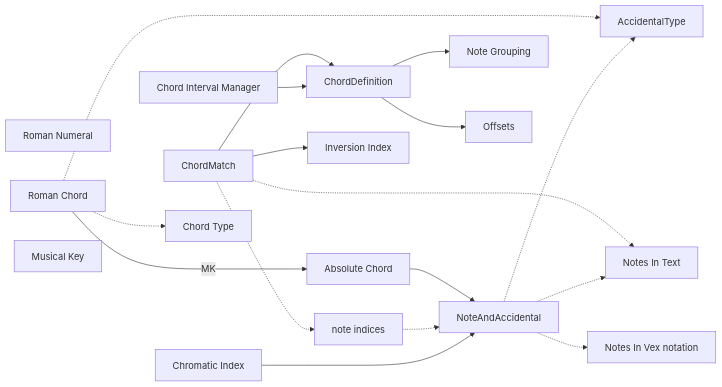
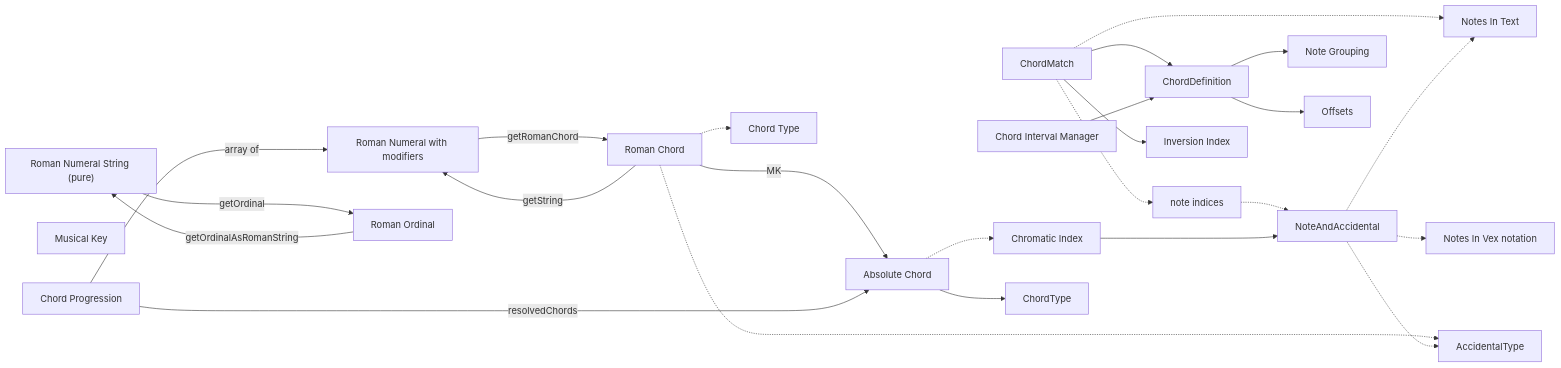
The diagram in docs/Representation.mmd (alekslovestech/chromatic-circle), drawn with Mermaid before and after one commit. The commit also changed other lines of this file, not shown here.

Commit message:
more diagram tweaks

```diff
--- a/docs/Representation.mmd
+++ b/docs/Representation.mmd
@@ -1,38 +1,52 @@
 flowchart LR
 
 NI["note indices"]
 NA["NoteAndAccidental"]
 NT["Notes In Text"]
 NV["Notes In Vex notation"]
 CM["ChordMatch"]
 CD["ChordDefinition"]
 CIM["Chord Interval Manager"]
 II["Inversion Index"]
 NG["Note Grouping"]
 OI["Offsets"]
 AT["AccidentalType"]
-RN["Roman Numeral"]
+
+RNM["Roman Numeral with modifiers"]
+RNS["Roman Numeral String (pure)"]
 RC["Roman Chord"]
+RO["Roman Ordinal"]
+
 AC["Absolute Chord"]
 MK["Musical Key"]
 CI["Chromatic Index"]
 CT["Chord Type"]
+CP["Chord Progression"]
 
-AC --> NA
+
 CM --> CD  
 CD --> NG
 CD --> OI
 CIM --> CD
 CM -.-> NT
 CM -.-> NI
 CM --> II
 NI -.-> NA 
 NA -.-> NT 
 NA -.-> NV 
 
+AC -.-> CI
+AC --> ChordType
 RC -.-> CT
 RC -.-> AT
 RC --->|MK| AC
+RC ---> |getString| RNM
+RNS ---> |getOrdinal| RO
+RO ---> |getOrdinalAsRomanString| RNS
+
+RNM ---> |getRomanChord| RC
 
 CI ---> NA
 NA -.-> AT
+CP --->|resolvedChords| AC
+CP ---> |array of| RNM
```
